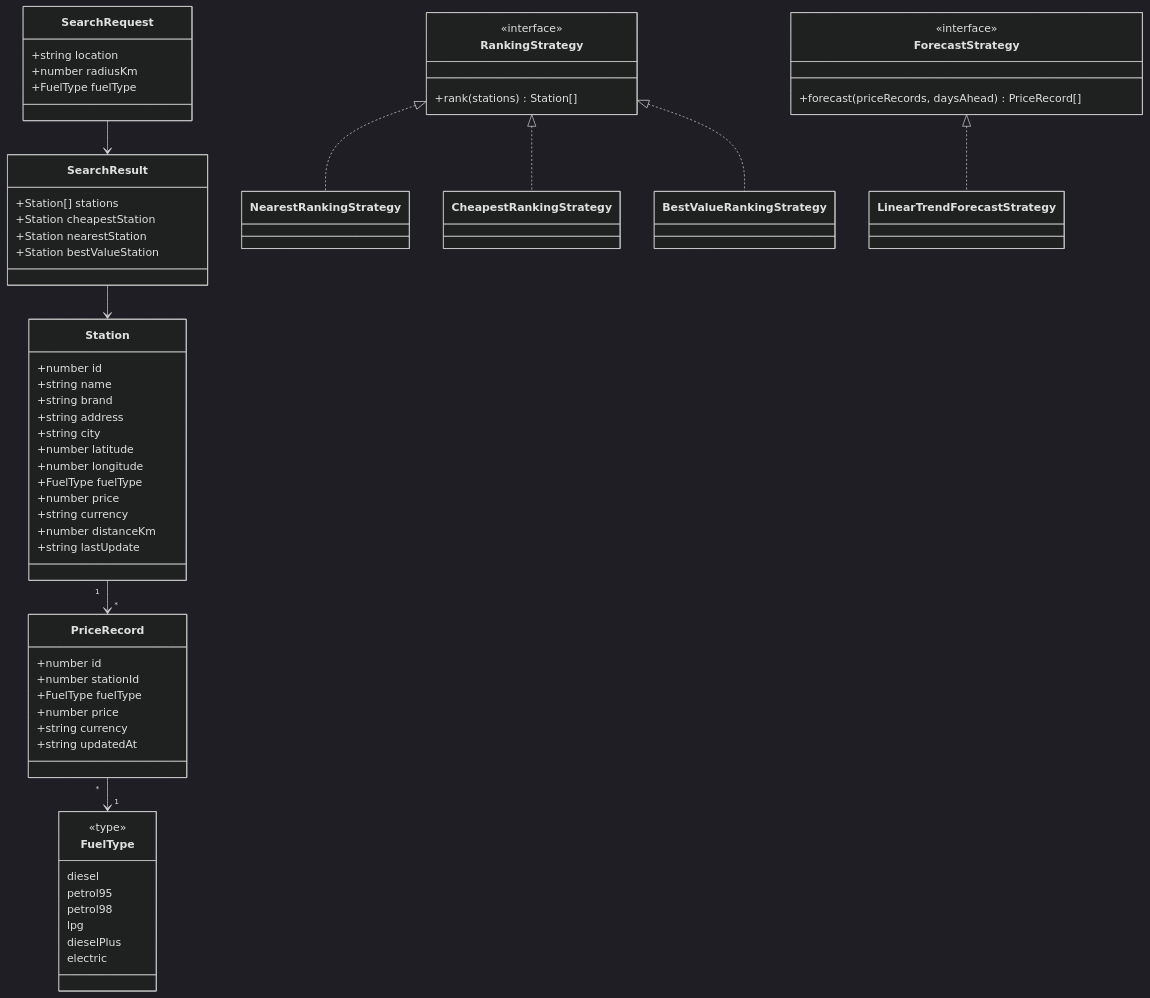
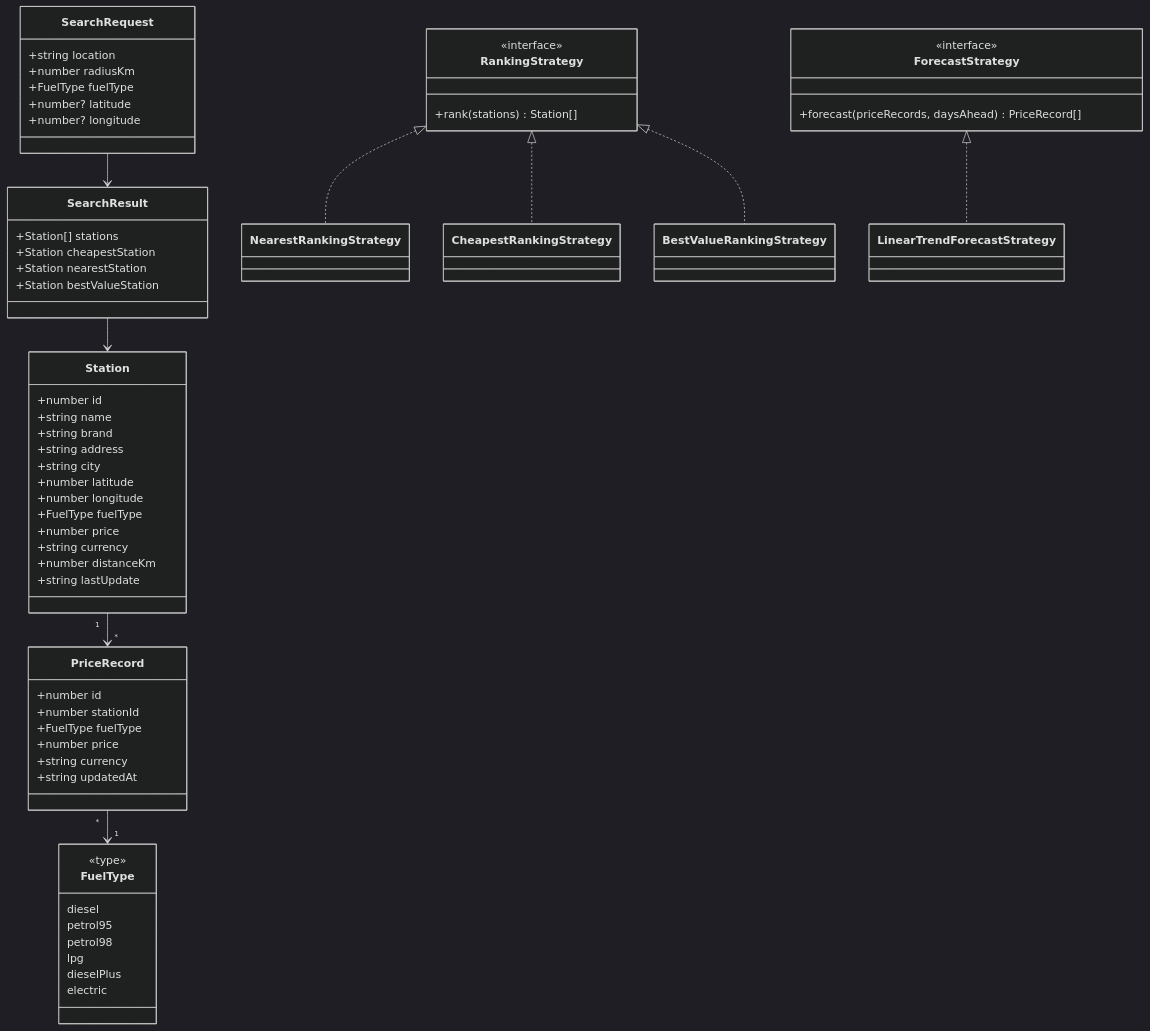
The second of 2 diagrams in PROJECT_STRUCTURE.md (Arthemisto/FuelFinder), drawn with Mermaid (dark theme) before and after one commit. The commit also changed other lines of this file and 1 other file, not shown here.

````diff
--- a/PROJECT_STRUCTURE.md
+++ b/PROJECT_STRUCTURE.md
@@ -413,74 +416,76 @@
 ```mermaid
 classDiagram
   class Station {
     +number id
     +string name
     +string brand
     +string address
     +string city
     +number latitude
     +number longitude
     +FuelType fuelType
     +number price
     +string currency
     +number distanceKm
     +string lastUpdate
   }
 
   class FuelType {
     <<type>>
     diesel
     petrol95
     petrol98
     lpg
     dieselPlus
     electric
   }
 
   class PriceRecord {
     +number id
     +number stationId
     +FuelType fuelType
     +number price
     +string currency
     +string updatedAt
   }
 
   class SearchRequest {
     +string location
     +number radiusKm
     +FuelType fuelType
+    +number? latitude
+    +number? longitude
   }
 
   class SearchResult {
     +Station[] stations
     +Station cheapestStation
     +Station nearestStation
     +Station bestValueStation
   }
 
   class RankingStrategy {
     <<interface>>
     +rank(stations) Station[]
   }
 
   class NearestRankingStrategy
   class CheapestRankingStrategy
   class BestValueRankingStrategy
 
   class ForecastStrategy {
     <<interface>>
     +forecast(priceRecords, daysAhead) PriceRecord[]
   }
 
   class LinearTrendForecastStrategy
 
   Station "1" --> "*" PriceRecord
   PriceRecord "*" --> "1" FuelType
   SearchRequest --> SearchResult
   SearchResult --> Station
   RankingStrategy <|.. NearestRankingStrategy
   RankingStrategy <|.. CheapestRankingStrategy
   RankingStrategy <|.. BestValueRankingStrategy
   ForecastStrategy <|.. LinearTrendForecastStrategy
 ```
````
